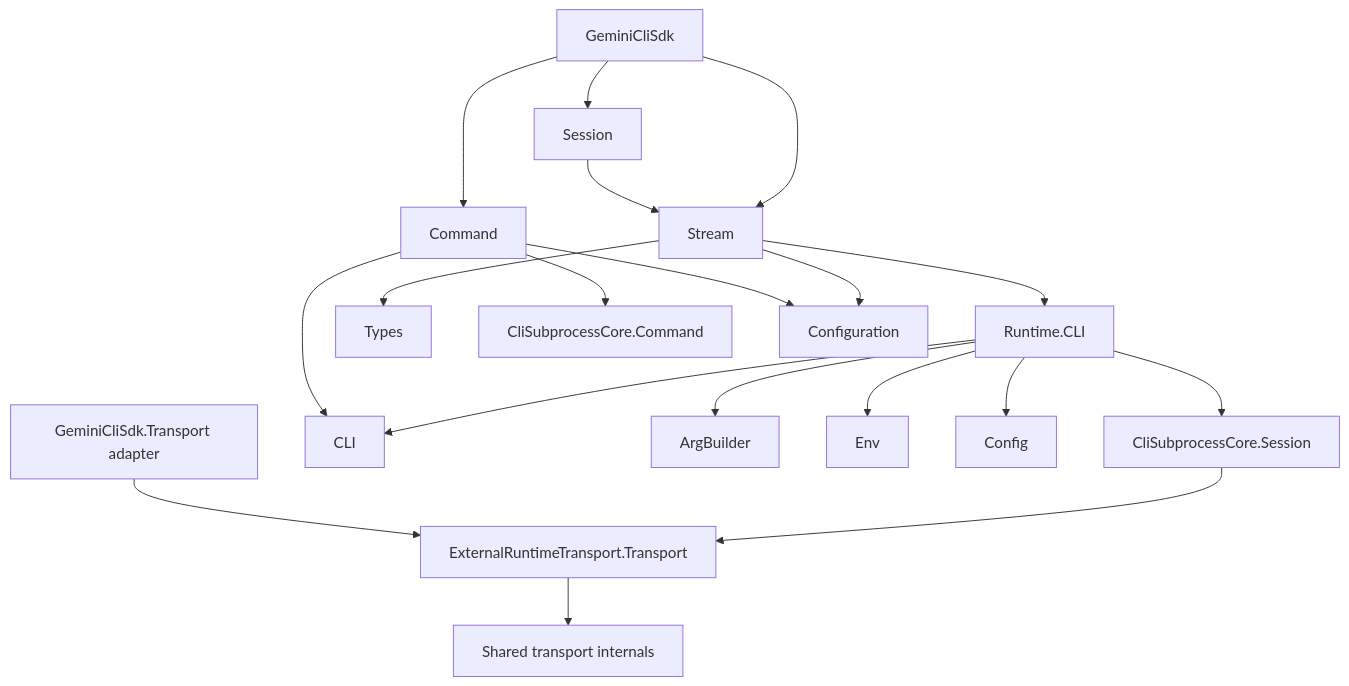
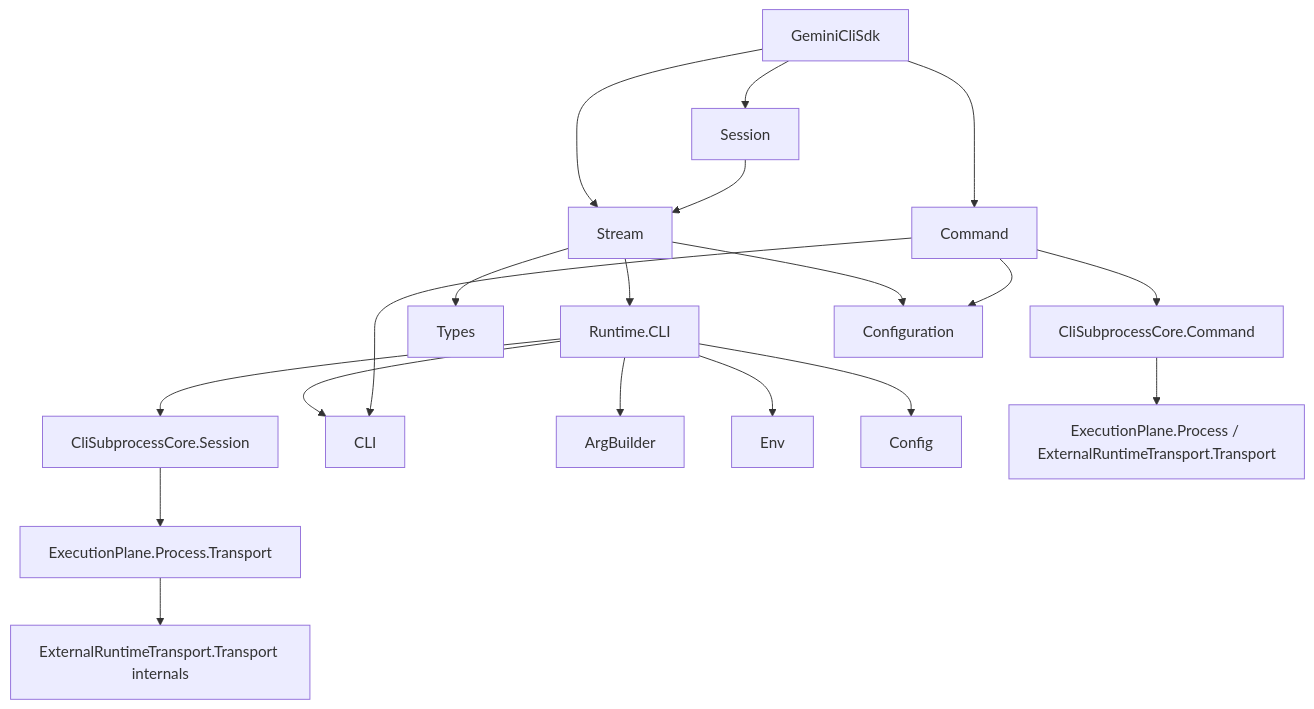
Before and after one commit to nshkrdotcom/gemini_cli_sdk: the diagram in guides/architecture.md, drawn with Mermaid. The commit also changed other lines of this file and 5 other files, not shown here.

First line of the commit message:
gemini_cli_sdk: adopt the aligned session-bearing CLI lane

````diff
--- a/guides/architecture.md
+++ b/guides/architecture.md
@@ -7,21 +7,21 @@
 ```mermaid
 graph TD
     A[GeminiCliSdk] --> B[Stream]
     A --> C[Command]
     A --> D[Session]
     B --> E[Runtime.CLI]
     E --> F[CliSubprocessCore.Session]
-    F --> G[ExternalRuntimeTransport.Transport]
-    G --> H[Shared transport internals]
+    F --> G[ExecutionPlane.Process.Transport]
+    G --> H[ExternalRuntimeTransport.Transport internals]
     E --> I[CLI]
     E --> J[ArgBuilder]
     E --> K[Env]
     E --> L[Config]
     B --> M[Types]
     C --> Q[CliSubprocessCore.Command]
+    Q --> R[ExecutionPlane.Process / ExternalRuntimeTransport.Transport]
     C --> I
     B --> O[Configuration]
     C --> O
     D --> B
-    P[GeminiCliSdk.Transport adapter] --> G
 ```
````
